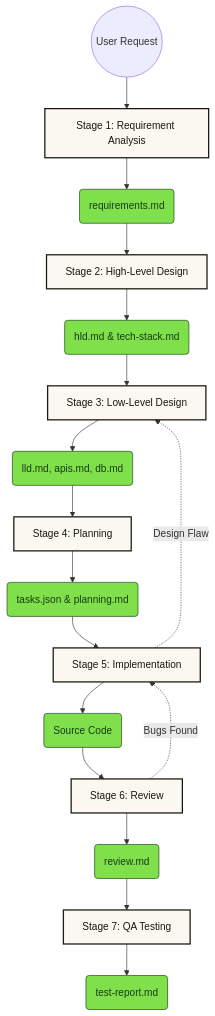
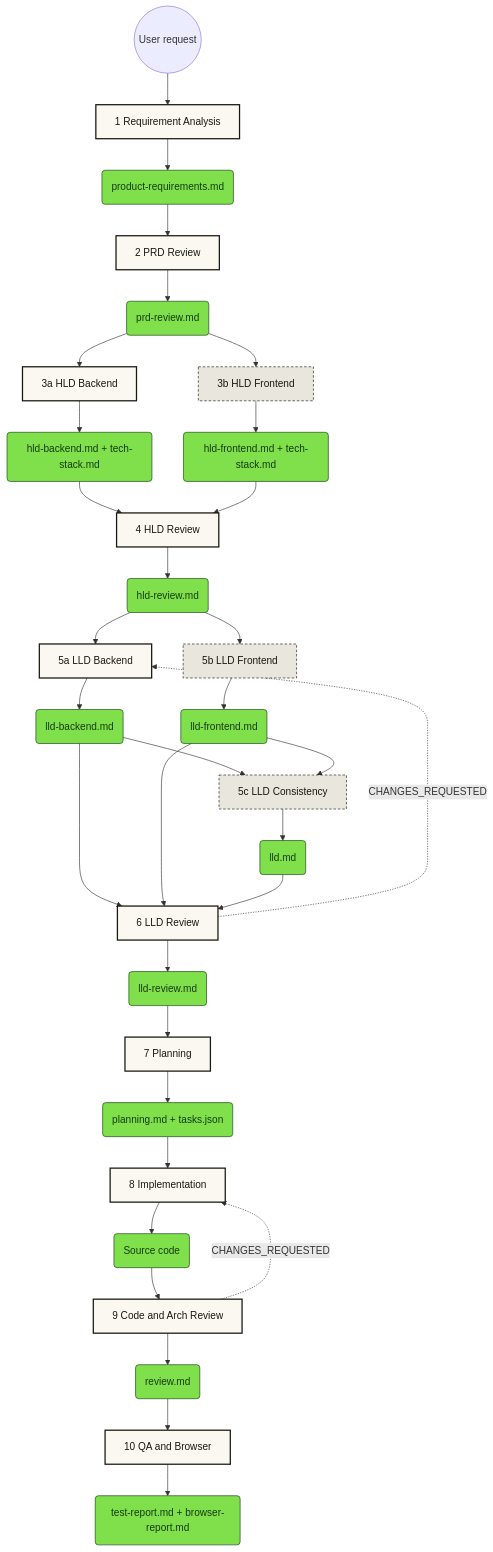
One commit to shriyansh0703/FMS changed the diagram in .ai/README.md. Above: the diagram before and after it, drawn with Mermaid. The commit also changed other lines of this file, not shown here.

````diff
--- a/.ai/README.md
+++ b/.ai/README.md
@@ -11,34 +44,41 @@
 ```mermaid
 graph TD
     classDef stage fill:#faf8f1,stroke:#17180f,stroke-width:2px,color:#17180f
     classDef artifact fill:#7fe04c,stroke:#163b12,stroke-width:1px,color:#163b12
+    classDef opt fill:#e8e6dd,stroke:#17180f,stroke-width:1px,color:#17180f,stroke-dasharray: 4 3
 
-    S1[Stage 1: Requirement Analysis]:::stage
-    S2[Stage 2: High-Level Design]:::stage
-    S3[Stage 3: Low-Level Design]:::stage
-    S4[Stage 4: Planning]:::stage
-    S5[Stage 5: Implementation]:::stage
-    S6[Stage 6: Review]:::stage
-    S7[Stage 7: QA Testing]:::stage
+    User((User request)) --> S1
+    S1[1 Requirement Analysis]:::stage --> A1(product-requirements.md):::artifact
+    A1 --> S2[2 PRD Review]:::stage --> A2(prd-review.md):::artifact
 
-    A1(requirements.md):::artifact
-    A2(hld.md & tech-stack.md):::artifact
-    A3(lld.md, apis.md, db.md):::artifact
-    A4(tasks.json & planning.md):::artifact
-    A5(Source Code):::artifact
-    A6(review.md):::artifact
-    A7(test-report.md):::artifact
+    A2 --> S3a[3a HLD Backend]:::stage
+    A2 --> S3b[3b HLD Frontend]:::opt
+    S3a --> A3a(hld-backend.md + tech-stack.md):::artifact
+    S3b --> A3b(hld-frontend.md + tech-stack.md):::artifact
 
-    User((User Request)) --> S1
-    S1 --> A1 --> S2
-    S2 --> A2 --> S3
-    S3 --> A3 --> S4
-    S4 --> A4 --> S5
-    S5 --> A5 --> S6
-    S6 --> A6 --> S7
-    S7 --> A7
+    A3a --> S4[4 HLD Review]:::stage
+    A3b --> S4
+    S4 --> A4(hld-review.md):::artifact
 
-    %% Feedback Loops
-    S5 -.->|Design Flaw| S3
-    S6 -.->|Bugs Found| S5
+    A4 --> S5a[5a LLD Backend]:::stage
+    A4 --> S5b[5b LLD Frontend]:::opt
+    S5a --> A5a(lld-backend.md):::artifact
+    S5b --> A5b(lld-frontend.md):::artifact
+
+    A5a --> S5c[5c LLD Consistency]:::opt
+    A5b --> S5c
+    S5c --> A5c(lld.md):::artifact
+
+    A5a --> S6[6 LLD Review]:::stage
+    A5b --> S6
+    A5c --> S6
+    S6 --> A6(lld-review.md):::artifact
+
+    A6 --> S7[7 Planning]:::stage --> A7(planning.md + tasks.json):::artifact
+    A7 --> S8[8 Implementation]:::stage --> A8(Source code):::artifact
+    A8 --> S9[9 Code and Arch Review]:::stage --> A9(review.md):::artifact
+    A9 --> S10[10 QA and Browser]:::stage --> A10(test-report.md + browser-report.md):::artifact
+
+    S6 -.->|CHANGES_REQUESTED| S5a
+    S9 -.->|CHANGES_REQUESTED| S8
 ```
````
